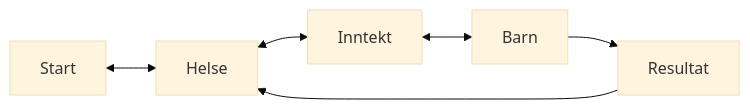
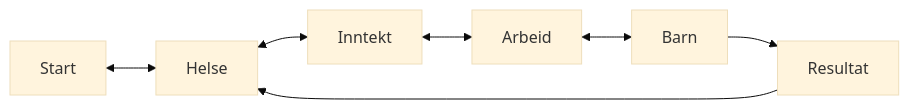
Before and after one commit to navikt/aap-intern-sysdok: the first of 2 diagrams in dokumentasjon/docs/Systemdokumentasjon/kalkulator.md, drawn with Mermaid (base theme). The commit also changed other lines of this file, not shown here.

````diff
--- a/dokumentasjon/docs/Systemdokumentasjon/kalkulator.md
+++ b/dokumentasjon/docs/Systemdokumentasjon/kalkulator.md
@@ -31,8 +35,9 @@
 ```mermaid
 flowchart LR
     A[Start] <--> B[Helse]
     B <--> C[Inntekt]
-    C <--> D[Barn]
-    D --> E[Resultat]
-    E --> B
+    C <--> D[Arbeid]
+    D <--> E[Barn]
+    E --> F[Resultat]
+    F --> B
 ```
````
